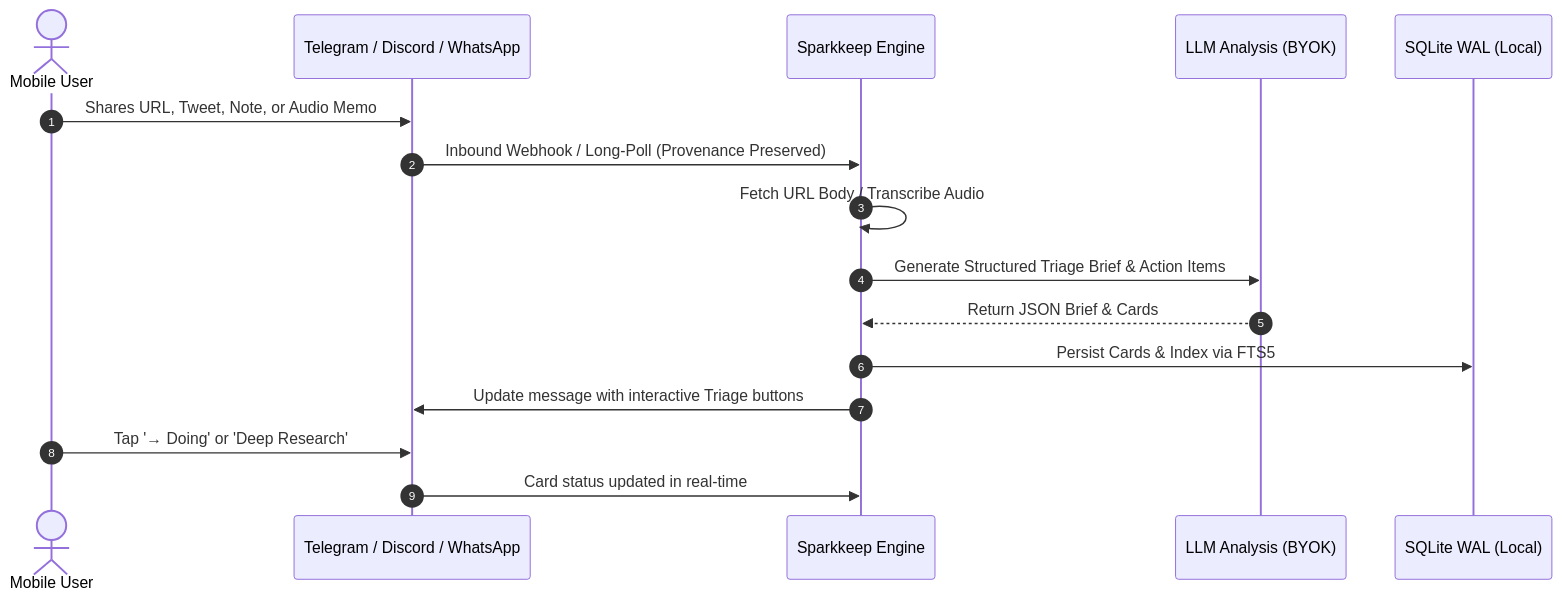
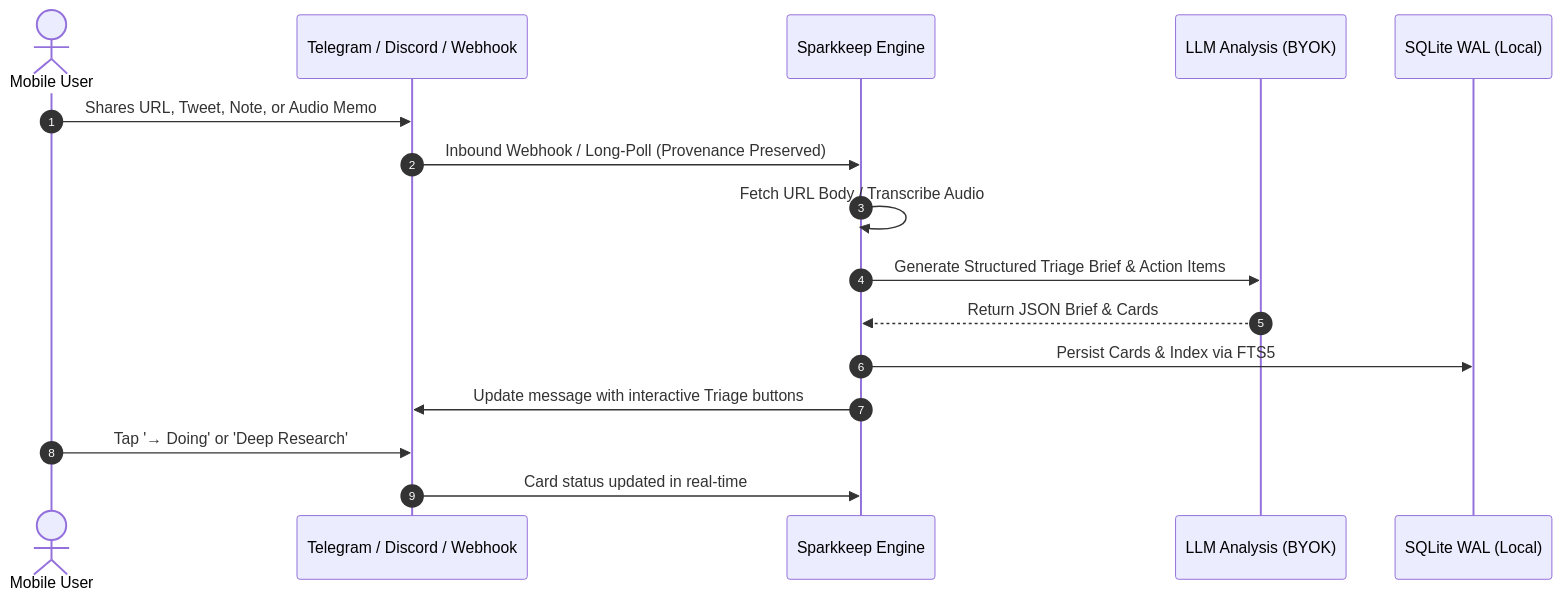
The third of 3 diagrams in README.md (BurlacuAndrei/sparkkeep), drawn with Mermaid before and after one commit. The commit also changed other lines of this file and 1 other file, not shown here.

Commit message:
chore(cleanup): remove WhatsApp/OpenClaw references from docs and SettingsModal

````diff
--- a/README.md
+++ b/README.md
@@ -237,19 +236,19 @@
 ```mermaid
 sequenceDiagram
     autonumber
     actor User as Mobile User
-    participant Channels as Telegram / Discord / WhatsApp
+    participant Channels as Telegram / Discord / Webhook
     participant Hub as Sparkkeep Engine
     participant LLM as LLM Analysis (BYOK)
     participant DB as SQLite WAL (Local)
 
     User->>Channels: Shares URL, Tweet, Note, or Audio Memo
     Channels->>Hub: Inbound Webhook / Long-Poll (Provenance Preserved)
     Hub->>Hub: Fetch URL Body / Transcribe Audio
     Hub->>LLM: Generate Structured Triage Brief & Action Items
     LLM-->>Hub: Return JSON Brief & Cards
     Hub->>DB: Persist Cards & Index via FTS5
     Hub->>Channels: Update message with interactive Triage buttons
     User->>Channels: Tap '→ Doing' or 'Deep Research'
     Channels->>Hub: Card status updated in real-time
 ```
````
